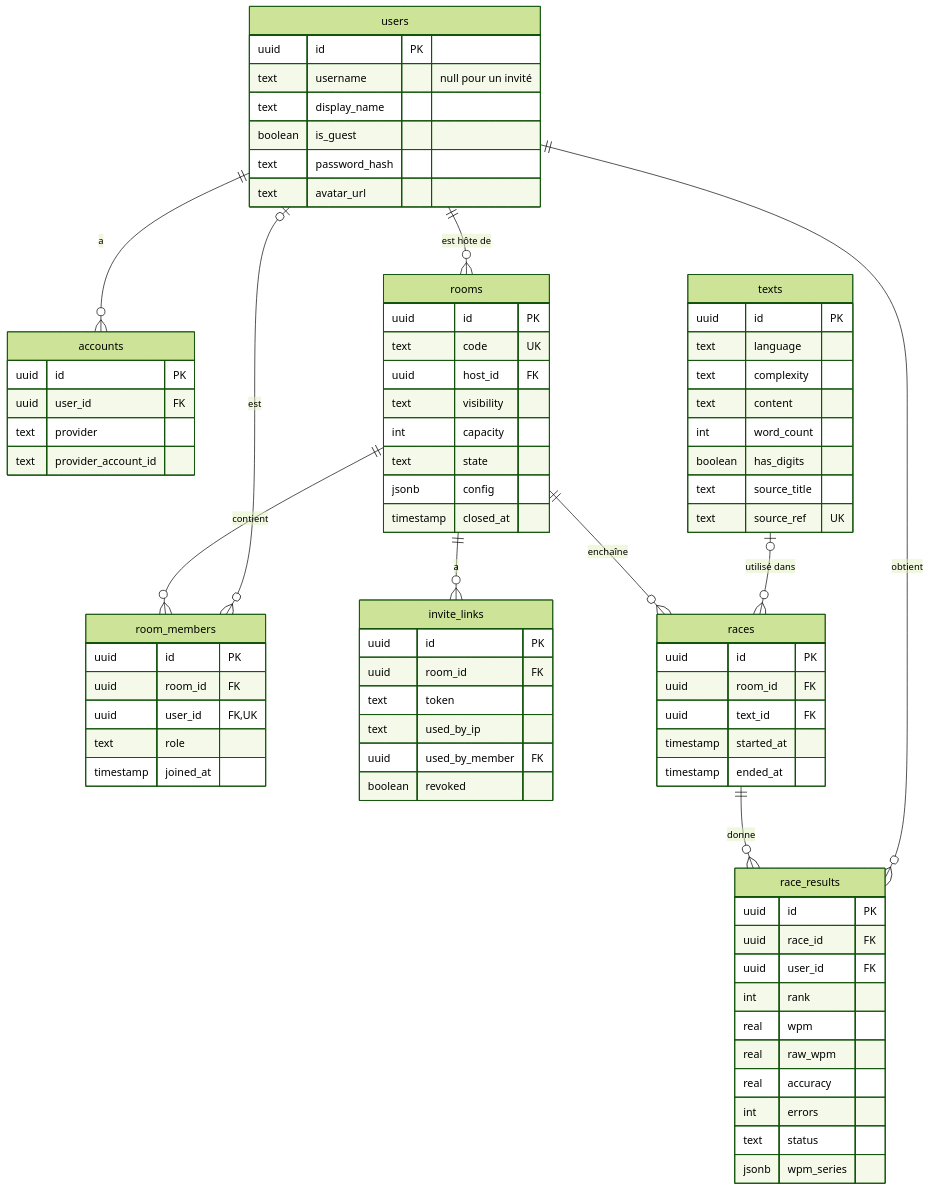
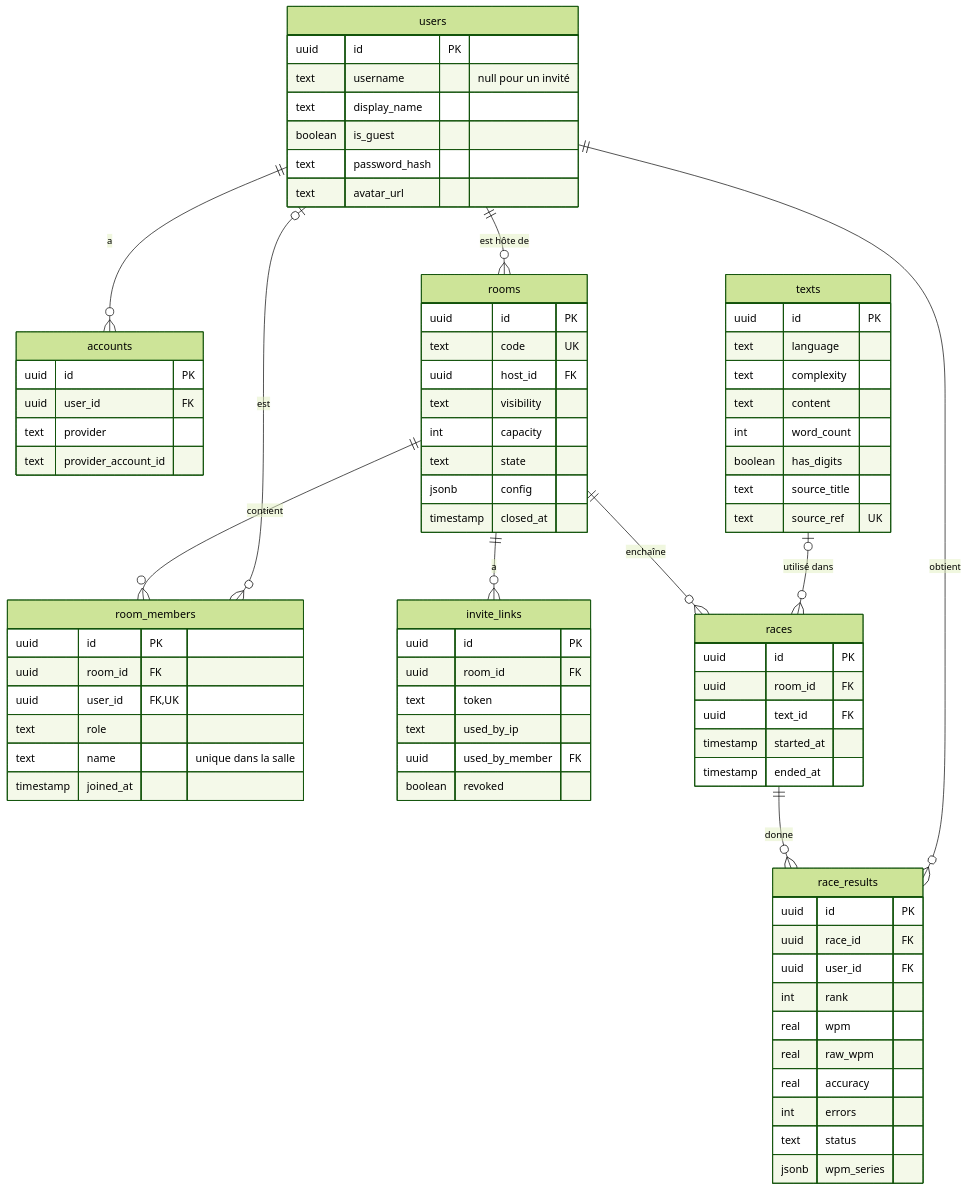
The first of 2 diagrams in docs/ARCHITECTURE.md (Onyyx256/typeracer), drawn with Mermaid (forest theme) before and after one commit.

Commit message:
docs: per-room member names in the data model

````diff
--- a/docs/ARCHITECTURE.md
+++ b/docs/ARCHITECTURE.md
@@ -7,81 +7,82 @@
 ```mermaid
 erDiagram
     users ||--o{ accounts : "a"
     users ||--o{ rooms : "est hôte de"
     rooms ||--o{ room_members : "contient"
     users |o--o{ room_members : "est"
     rooms ||--o{ invite_links : "a"
     rooms ||--o{ races : "enchaîne"
     texts |o--o{ races : "utilisé dans"
     races ||--o{ race_results : "donne"
     users ||--o{ race_results : "obtient"
 
     users {
         uuid id PK
         text username "null pour un invité"
         text display_name
         boolean is_guest
         text password_hash
         text avatar_url
     }
     accounts {
         uuid id PK
         uuid user_id FK
         text provider
         text provider_account_id
     }
     rooms {
         uuid id PK
         text code UK
         uuid host_id FK
         text visibility
         int capacity
         text state
         jsonb config
         timestamp closed_at
     }
     room_members {
         uuid id PK
         uuid room_id FK
         uuid user_id FK,UK
         text role
+        text name "unique dans la salle"
         timestamp joined_at
     }
     invite_links {
         uuid id PK
         uuid room_id FK
         text token
         text used_by_ip
         uuid used_by_member FK
         boolean revoked
     }
     texts {
         uuid id PK
         text language
         text complexity
         text content
         int word_count
         boolean has_digits
         text source_title
         text source_ref UK
     }
     races {
         uuid id PK
         uuid room_id FK
         uuid text_id FK
         timestamp started_at
         timestamp ended_at
     }
     race_results {
         uuid id PK
         uuid race_id FK
         uuid user_id FK
         int rank
         real wpm
         real raw_wpm
         real accuracy
         int errors
         text status
         jsonb wpm_series
     }
 ```
````
